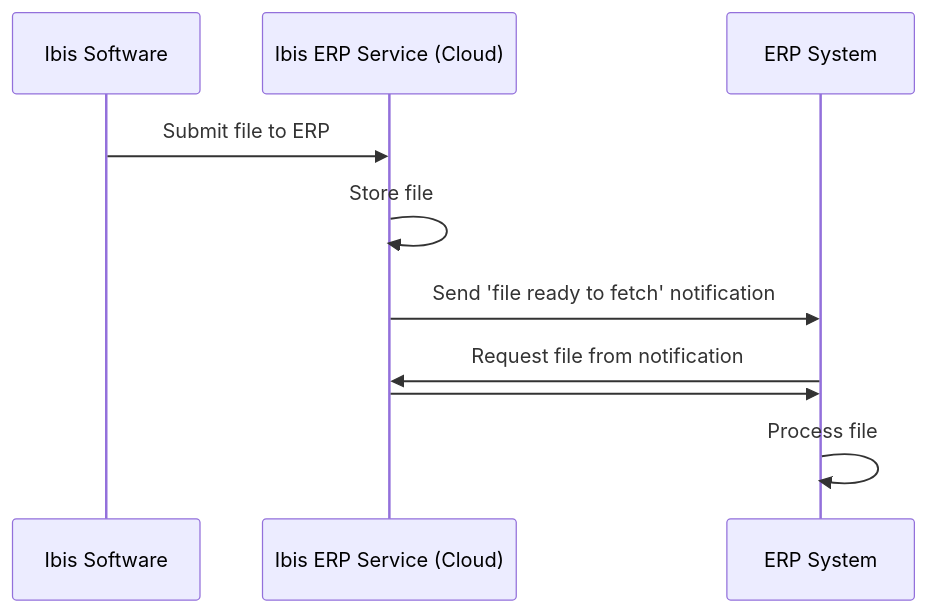
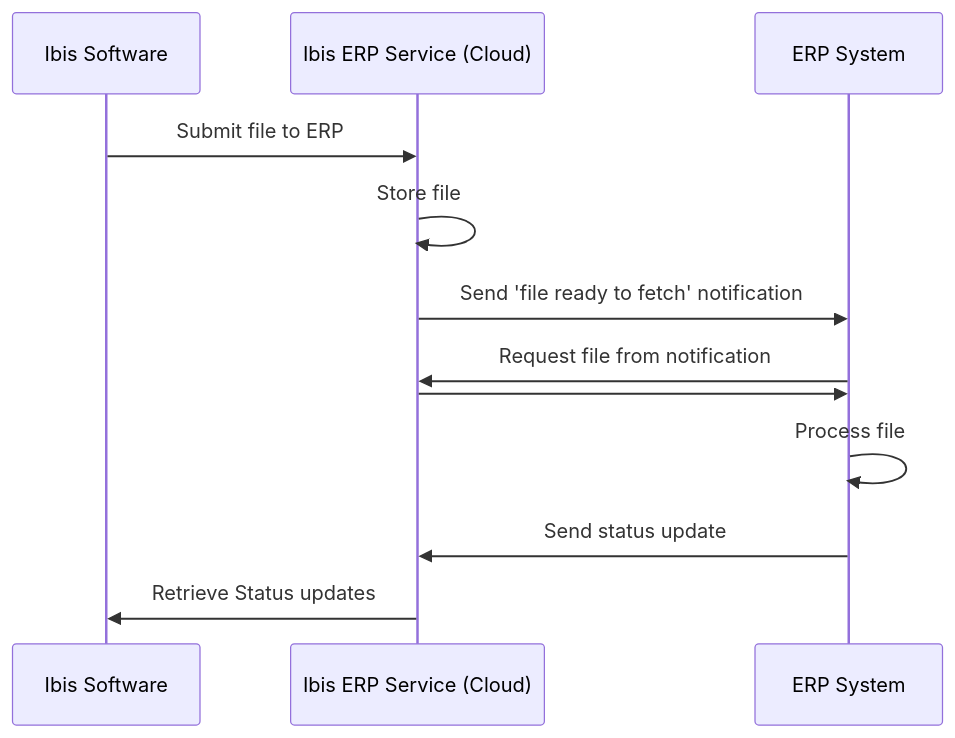
Before and after one commit to Brink-Software/Ibis.Dataservice.Demo: the diagram in README.md, drawn with Mermaid.

Commit message:
docs: add status update to mermaid diagram

````diff
--- a/README.md
+++ b/README.md
@@ -11,9 +11,11 @@
 ```mermaid
 sequenceDiagram
   Ibis Software->>Ibis ERP Service (Cloud): Submit file to ERP
   Ibis ERP Service (Cloud)->>Ibis ERP Service (Cloud): Store file
   Ibis ERP Service (Cloud)->>ERP System:Send 'file ready to fetch' notification
   ERP System->>Ibis ERP Service (Cloud): Request file from notification
   Ibis ERP Service (Cloud)->>ERP System: 
   ERP System->>ERP System: Process file
+  ERP System->>Ibis ERP Service (Cloud): Send status update
+  Ibis ERP Service (Cloud)->> Ibis Software: Retrieve Status updates
 ```
````
